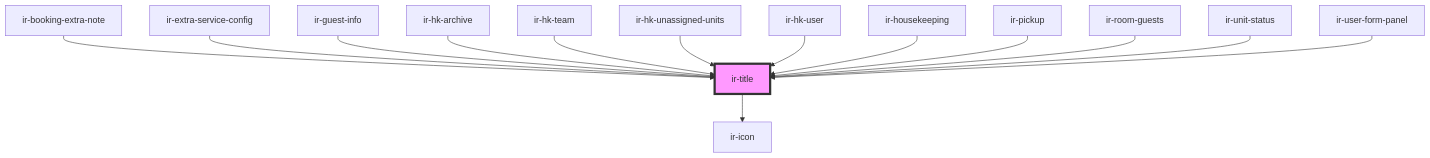
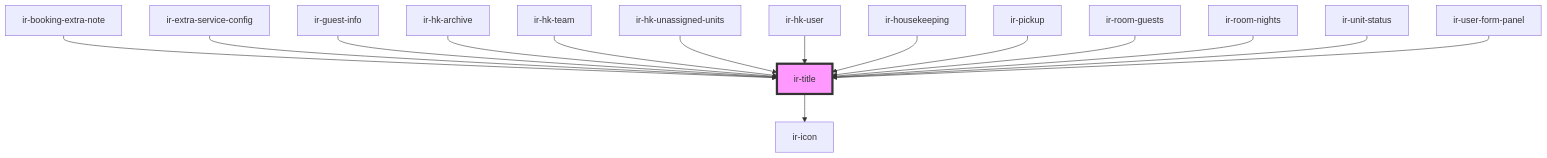
Before and after one commit to David1Chowaifaty/modified-ir-webcmp: the diagram in src/components/ir-title/readme.md, drawn with Mermaid. The commit also changed other lines of this file and 17 other files, not shown here.

````diff
--- a/src/components/ir-title/readme.md
+++ b/src/components/ir-title/readme.md
@@ -47,17 +48,18 @@
 ```mermaid
 graph TD;
   ir-title --> ir-icon
   ir-booking-extra-note --> ir-title
   ir-extra-service-config --> ir-title
   ir-guest-info --> ir-title
   ir-hk-archive --> ir-title
   ir-hk-team --> ir-title
   ir-hk-unassigned-units --> ir-title
   ir-hk-user --> ir-title
   ir-housekeeping --> ir-title
   ir-pickup --> ir-title
   ir-room-guests --> ir-title
+  ir-room-nights --> ir-title
   ir-unit-status --> ir-title
   ir-user-form-panel --> ir-title
   style ir-title fill:#f9f,stroke:#333,stroke-width:4px
 ```
````
